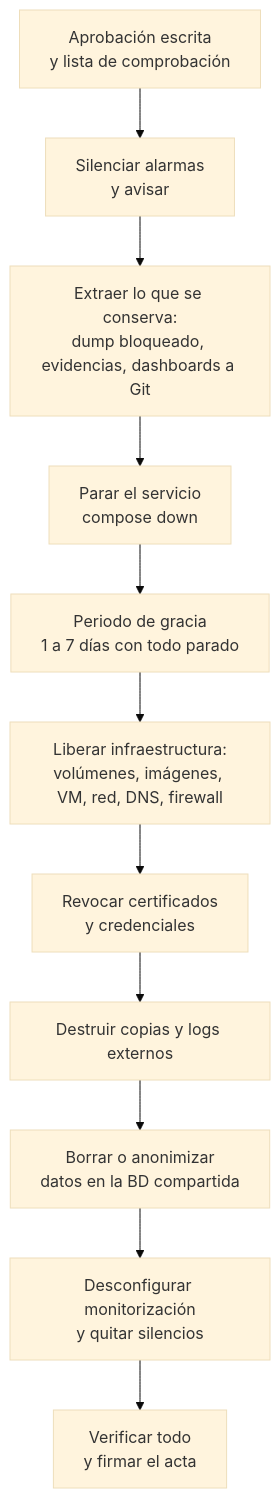
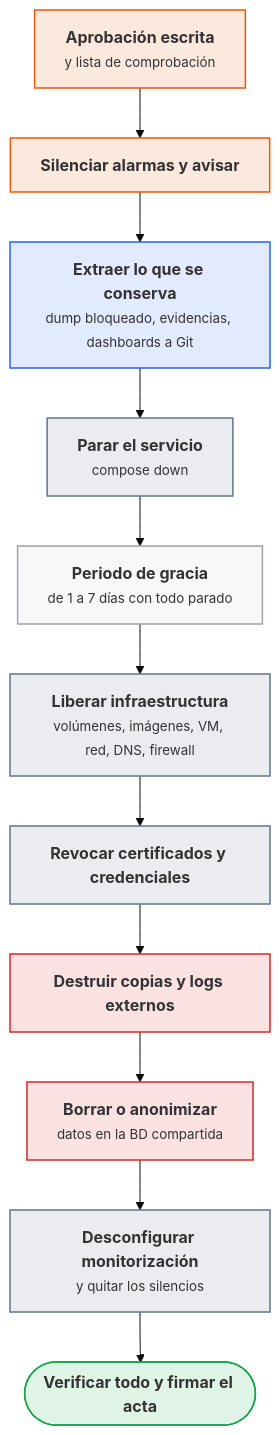
Before and after one commit to victor-educ/apuntes-5169: the third of 4 diagrams in docs/ut/ut8-terminacion-segura.md, drawn with Mermaid (base theme). The commit also changed other lines of this file and 13 other files, not shown here.

First line of the commit message:
Temporalización definitiva, gramática visual y diagramas en todas las unidades

````diff
--- a/docs/ut/ut8-terminacion-segura.md
+++ b/docs/ut/ut8-terminacion-segura.md
@@ -286,13 +308,21 @@
 ```mermaid
 flowchart TD
-    A[Aprobación escrita<br>y lista de comprobación] --> B[Silenciar alarmas<br>y avisar]
-    B --> C[Extraer lo que se conserva:<br>dump bloqueado, evidencias, dashboards a Git]
-    C --> D[Parar el servicio<br>compose down]
-    D --> E[Periodo de gracia<br>1 a 7 días con todo parado]
-    E --> F[Liberar infraestructura:<br>volúmenes, imágenes, VM, red, DNS, firewall]
-    F --> G[Revocar certificados<br>y credenciales]
-    G --> H[Destruir copias y logs externos]
-    H --> I[Borrar o anonimizar<br>datos en la BD compartida]
-    I --> J[Desconfigurar monitorización<br>y quitar silencios]
-    J --> K[Verificar todo<br>y firmar el acta]
+    A["<b>Aprobación escrita</b><br><small>y lista de comprobación</small>"]:::act
+    B["<b>Silenciar alarmas y avisar</b>"]:::act
+    C["<b>Extraer lo que se conserva</b><br><small>dump bloqueado, evidencias, dashboards a Git</small>"]:::dato
+    D["<b>Parar el servicio</b><br><small>compose down</small>"]:::pieza
+    E["<b>Periodo de gracia</b><br><small>de 1 a 7 días con todo parado</small>"]:::infra
+    F["<b>Liberar infraestructura</b><br><small>volúmenes, imágenes, VM, red, DNS, firewall</small>"]:::pieza
+    G["<b>Revocar certificados y credenciales</b>"]:::pieza
+    H["<b>Destruir copias y logs externos</b>"]:::riesgo
+    I["<b>Borrar o anonimizar</b><br><small>datos en la BD compartida</small>"]:::riesgo
+    J["<b>Desconfigurar monitorización</b><br><small>y quitar los silencios</small>"]:::pieza
+    K(["<b>Verificar todo y firmar el acta</b>"]):::ok
+    A --> B --> C --> D --> E --> F --> G --> H --> I --> J --> K
+    classDef act fill:#ea580c22,stroke:#ea580c,stroke-width:1.5px
+    classDef pieza fill:#64748b22,stroke:#64748b,stroke-width:1.5px
+    classDef dato fill:#2563eb22,stroke:#2563eb,stroke-width:1.5px
+    classDef infra fill:#a1a1aa14,stroke:#a1a1aa,stroke-width:1.5px
+    classDef ok fill:#16a34a22,stroke:#16a34a,stroke-width:1.5px
+    classDef riesgo fill:#dc262622,stroke:#dc2626,stroke-width:1.5px
 ```
````
